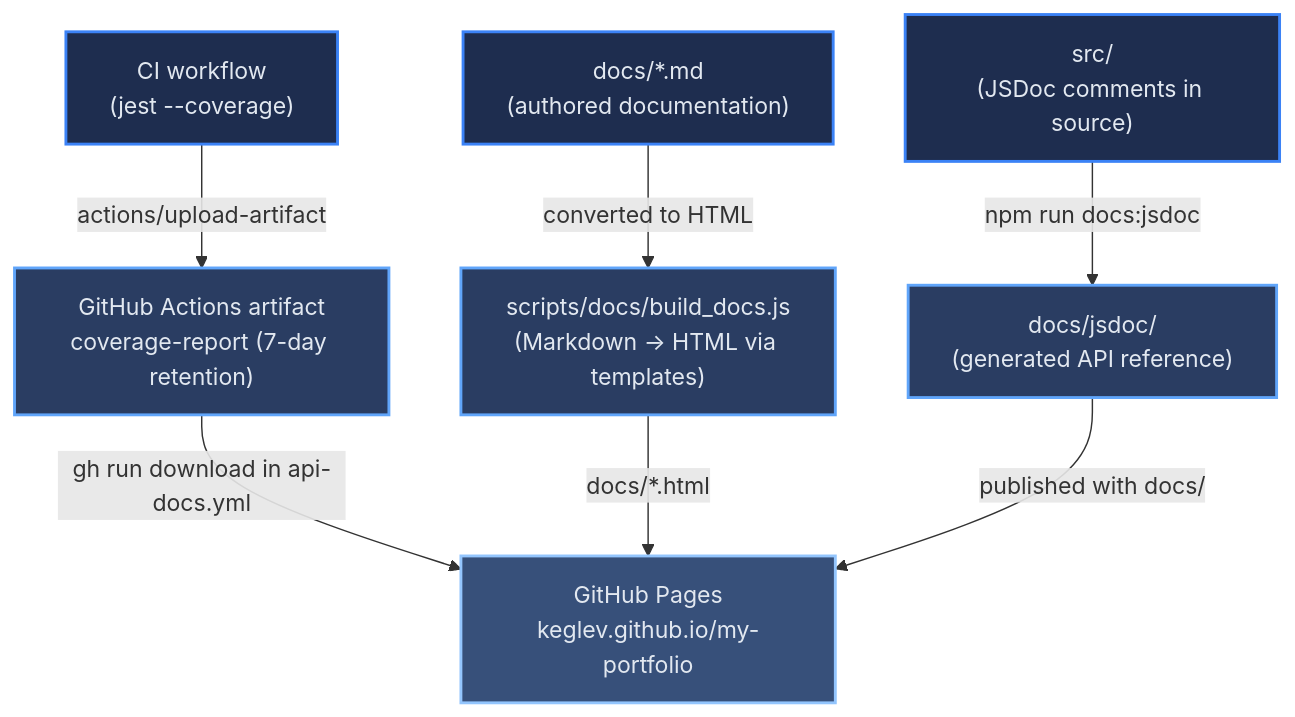
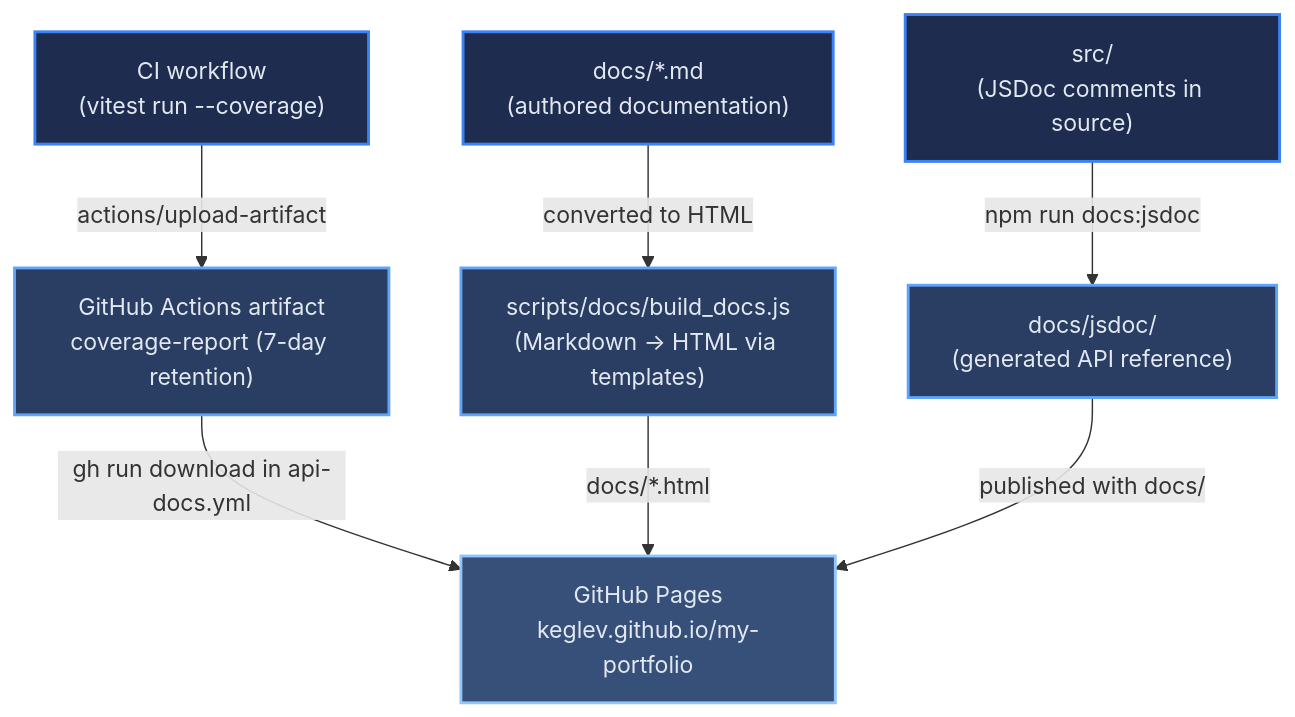
One commit to Keglev/my-portfolio changed the diagram in docs/architecture/03-context.md. Above: the diagram before and after it, drawn with Mermaid. The commit also changed other lines of this file and 16 other files, not shown here.

````diff
--- a/docs/architecture/03-context.md
+++ b/docs/architecture/03-context.md
@@ -41,25 +41,25 @@
 ```mermaid
 flowchart TD
-    CIJob["CI workflow\n(jest --coverage)"]
+    CIJob["CI workflow\n(vitest run --coverage)"]
     CoverageArtifact["GitHub Actions artifact\ncoverage-report (7-day retention)"]
     MarkdownDocs["docs/*.md\n(authored documentation)"]
     BuildDocs["scripts/docs/build_docs.js\n(Markdown → HTML via templates)"]
     SrcCode["src/\n(JSDoc comments in source)"]
     JSDocOutput["docs/jsdoc/\n(generated API reference)"]
     GHPages["GitHub Pages\nkeglev.github.io/my-portfolio"]
 
     CIJob -->|"actions/upload-artifact"| CoverageArtifact
     CoverageArtifact -->|"gh run download in api-docs.yml"| GHPages
     MarkdownDocs -->|"converted to HTML"| BuildDocs
     BuildDocs -->|"docs/*.html"| GHPages
     SrcCode -->|"npm run docs:jsdoc"| JSDocOutput
     JSDocOutput -->|"published with docs/"| GHPages
 
     class CIJob,MarkdownDocs,SrcCode l1
     class CoverageArtifact,BuildDocs,JSDocOutput l2
     class GHPages l3
 
     classDef l1 fill:#1e2d4f,stroke:#3B82F6,stroke-width:2px,color:#E2E8F0
     classDef l2 fill:#2a3d62,stroke:#60A5FA,stroke-width:2px,color:#E2E8F0
     classDef l3 fill:#37507a,stroke:#93C5FD,stroke-width:2px,color:#E2E8F0
 ```
````
